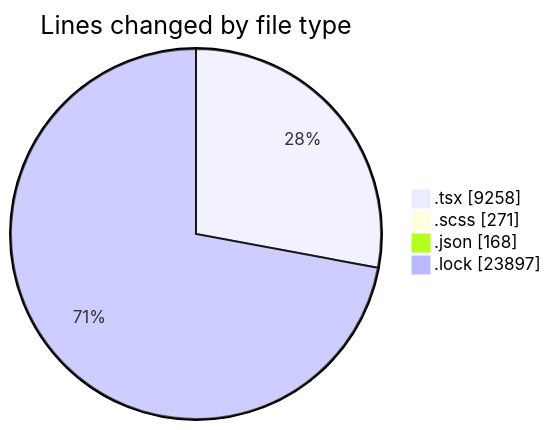
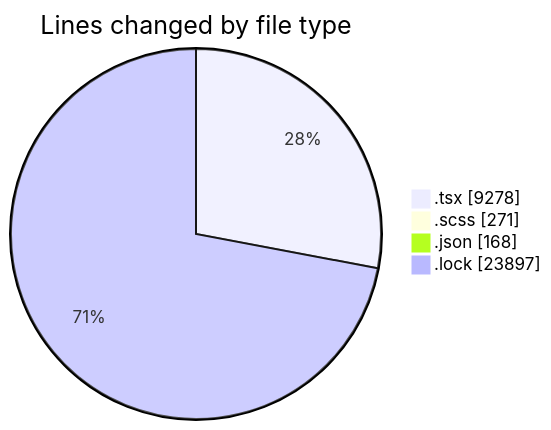
One commit to momahboobian/code-tracking changed the first of 2 diagrams in 2025-11-18/cda/README.md. Above: the diagram before and after it, drawn with Mermaid. The commit also changed other lines of this file and 1 other file, not shown here.

````diff
--- a/2025-11-18/cda/README.md
+++ b/2025-11-18/cda/README.md
@@ -37,8 +37,8 @@
 ```mermaid
 pie showData
 title Lines changed by file type
-".tsx" : 9258
+".tsx" : 9278
 ".scss" : 271
 ".json" : 168
 ".lock" : 23897
 ```
````
